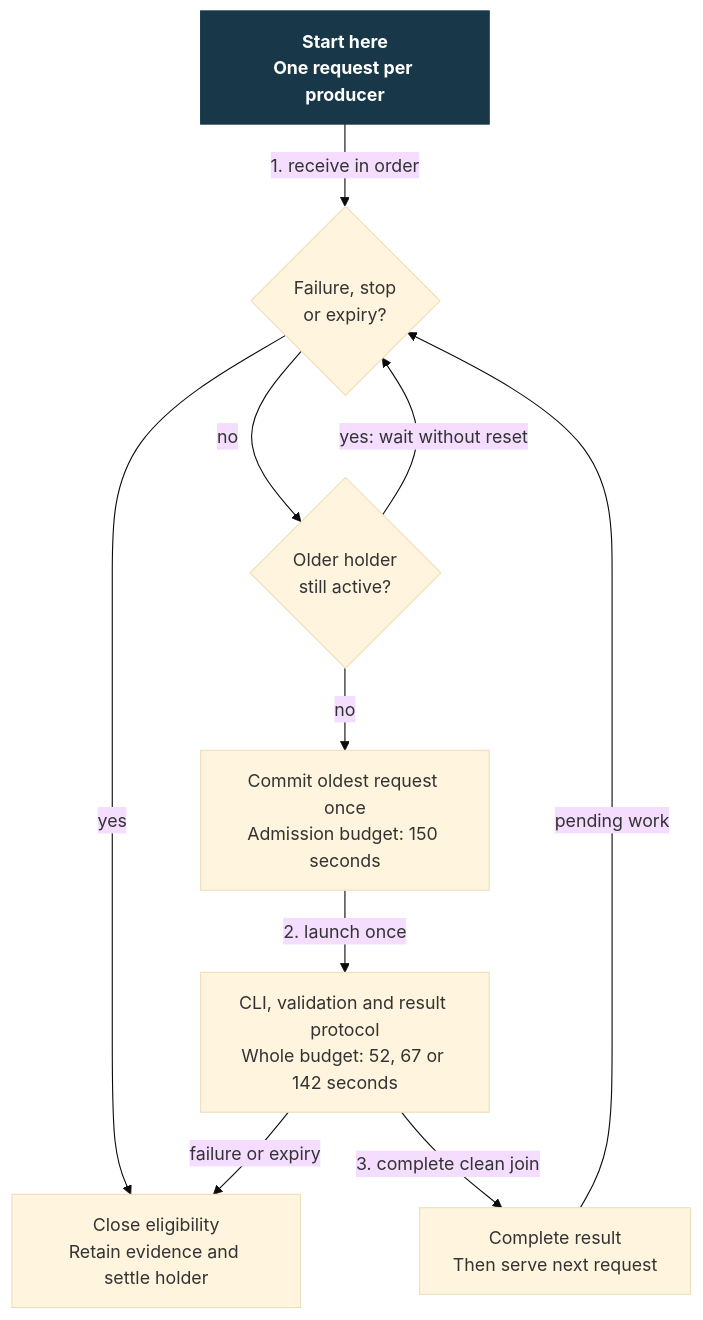
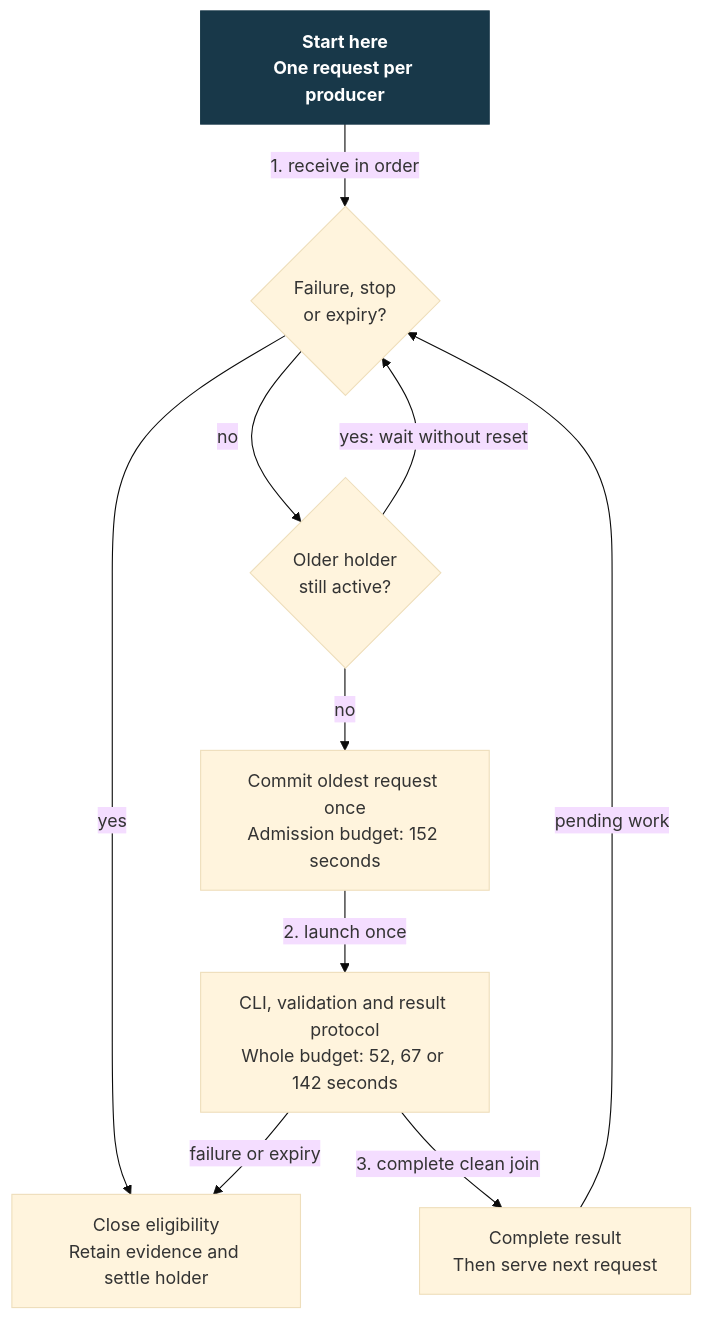
Before and after one commit to Linkuistics/Koine: the diagram in docs/design/architecture/settings-activation/keepalive-scheduling.mmd, drawn with Mermaid (base theme). The commit also changed 25 other files, not shown here.

```diff
--- a/docs/design/architecture/settings-activation/keepalive-scheduling.mmd
+++ b/docs/design/architecture/settings-activation/keepalive-scheduling.mmd
@@ -1,18 +1,18 @@
 flowchart TB
   start["Start here\nOne request per producer"]:::start
   controls{"Failure, stop\nor expiry?"}
   holder{"Older holder\nstill active?"}
-  commit["Commit oldest request once\nAdmission budget: 150 seconds"]
+  commit["Commit oldest request once\nAdmission budget: 152 seconds"]
   operation["CLI, validation and result protocol\nWhole budget: 52, 67 or 142 seconds"]
   next["Complete result\nThen serve next request"]
   fail["Close eligibility\nRetain evidence and settle holder"]
   start -->|"1. receive in order"| controls
   controls -->|"yes"| fail
   controls -->|"no"| holder
   holder -->|"yes: wait without reset"| controls
   holder -->|"no"| commit
   commit -->|"2. launch once"| operation
   operation -->|"3. complete clean join"| next
   next -->|"pending work"| controls
   operation -->|"failure or expiry"| fail
   classDef start fill:#183849,color:#fff,stroke:#183849,font-weight:bold
```
